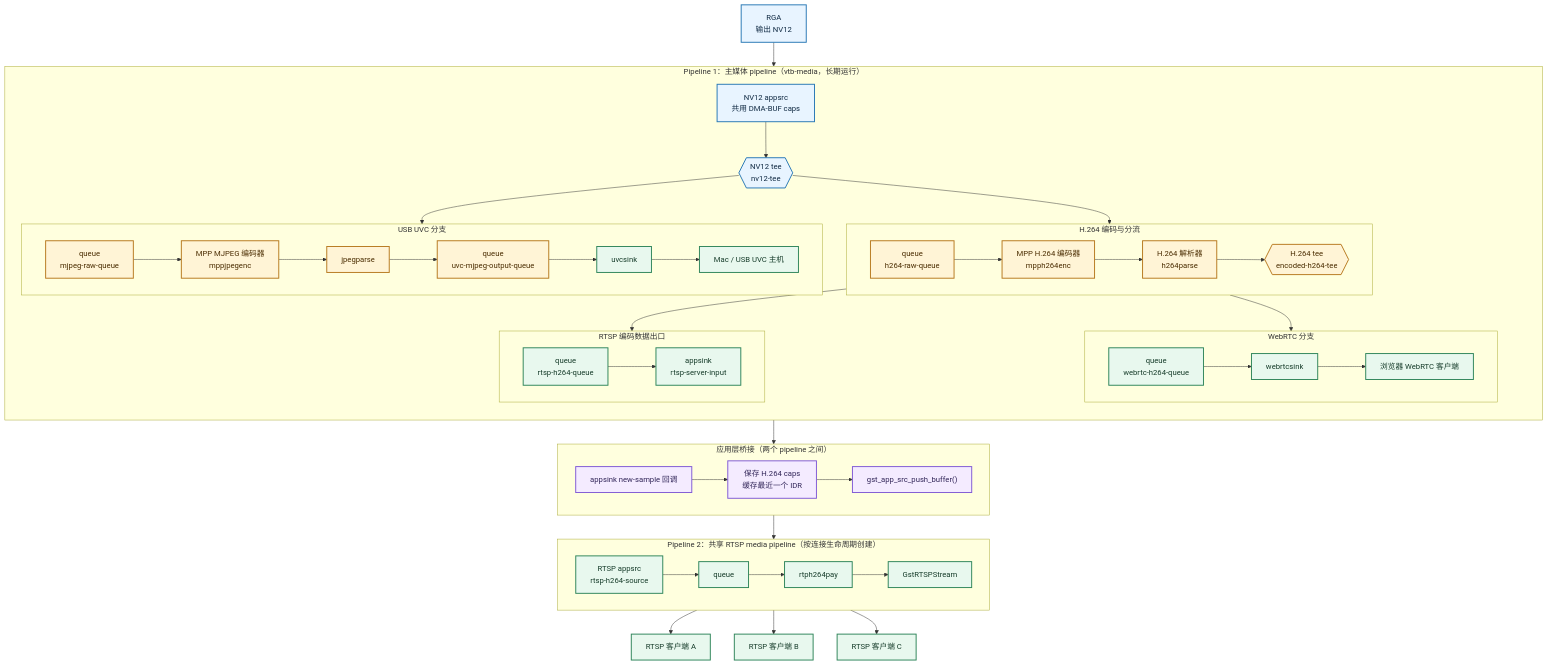
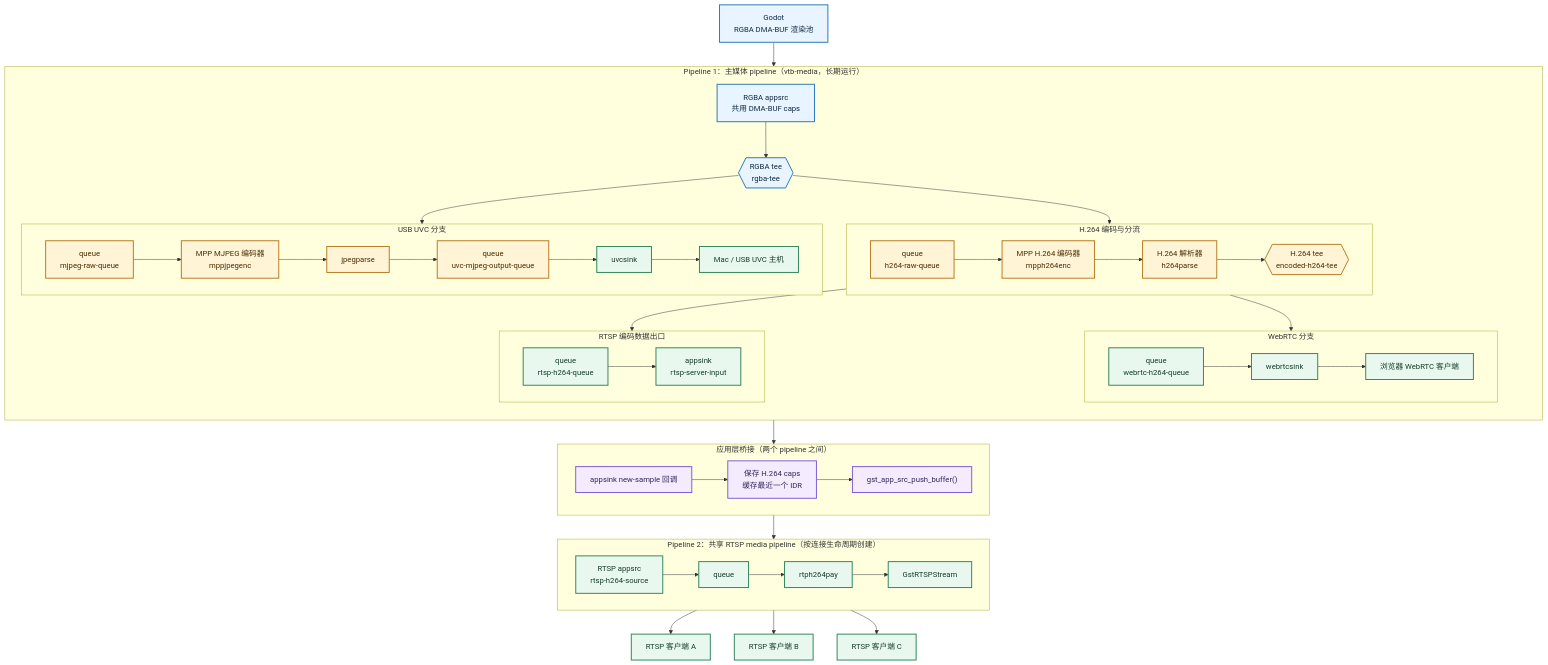
The first of 2 diagrams in docs/gstreamer-media-pipeline-overview.md (ytnxneydhsx/VTB), drawn with Mermaid before and after one commit. The commit also changed other lines of this file and 37 other files, not shown here.

First line of the commit message:
feat(live2d): feed pooled Godot RGBA buffers directly to MPP

````diff
--- a/docs/gstreamer-media-pipeline-overview.md
+++ b/docs/gstreamer-media-pipeline-overview.md
@@ -8,12 +8,12 @@
 ```mermaid
 flowchart TB
-    RGA["RGA<br/>输出 NV12"]
+    GODOT["Godot<br/>RGBA DMA-BUF 渲染池"]
 
     subgraph MAIN["Pipeline 1：主媒体 pipeline（vtb-media，长期运行）"]
         direction TB
 
-        RAW_SRC["NV12 appsrc<br/>共用 DMA-BUF caps"]
-        RAW_TEE{{"NV12 tee<br/>nv12-tee"}}
+        RAW_SRC["RGBA appsrc<br/>共用 DMA-BUF caps"]
+        RAW_TEE{{"RGBA tee<br/>rgba-tee"}}
 
         subgraph H264["H.264 编码与分流"]
             direction LR
@@ -84,7 +84,7 @@
     RTSP_B["RTSP 客户端 B"]
     RTSP_C["RTSP 客户端 C"]
 
-    RGA --> RAW_SRC
+    GODOT --> RAW_SRC
     H264_APPSINK --> CALLBACK
     PUSH --> RTSP_APPSRC
     RTSP_STREAM --> RTSP_A
@@ -96,7 +96,7 @@
     classDef output fill:#e8f8ee,stroke:#2f855a,stroke-width:2px,color:#163c2a;
     classDef bridge fill:#f4ebff,stroke:#805ad5,stroke-width:2px,color:#322659;
 
-    class RGA,RAW_SRC,RAW_TEE source;
+    class GODOT,RAW_SRC,RAW_TEE source;
     class H264_Q,H264_ENC,H264_PARSE,H264_TEE,MJPEG_Q,MJPEG_ENC,JPEG_PARSE,JPEG_Q encode;
     class WEBRTC_Q,WEBRTC_SINK,WEBRTC_CLIENTS,RTSP_Q,H264_APPSINK,UVC_SINK,UVC_HOST,RTSP_APPSRC,RTSP_MEDIA_Q,RTP_PAY,RTSP_STREAM,RTSP_A,RTSP_B,RTSP_C output;
     class CALLBACK,CACHE,PUSH bridge;
````
